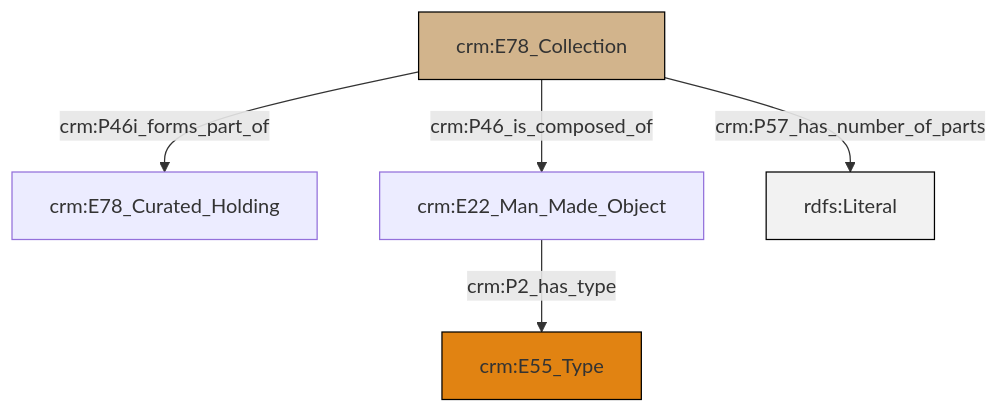
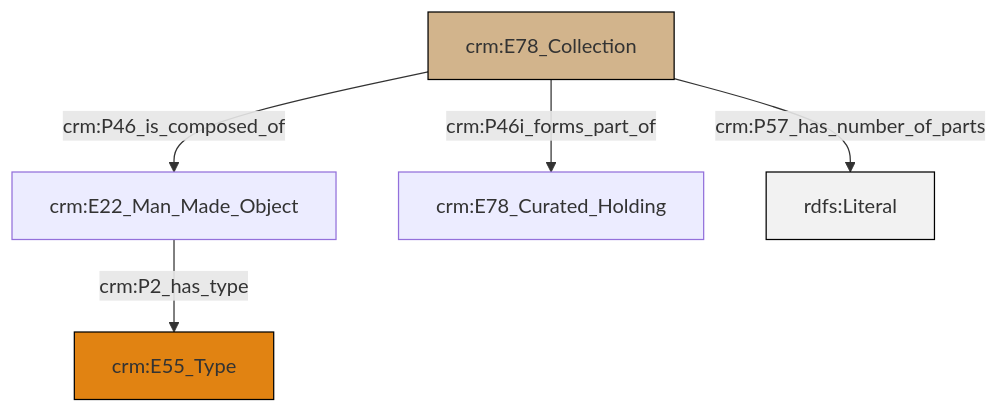
One commit to swiss-art-research-net/docs.swissartresearch changed the diagram in et/archivalCSV/ttl/mmd/archival_parthood.ttl.mmd. Above: the diagram before and after it, drawn with Mermaid. The commit also changed 177 other files, not shown here.

```diff
--- a/et/archivalCSV/ttl/mmd/archival_parthood.ttl.mmd
+++ b/et/archivalCSV/ttl/mmd/archival_parthood.ttl.mmd
@@ -1,19 +1,19 @@
 graph TD
 classDef Literal fill:#f2f2f2,stroke:#000000;
 classDef CRM_Entity fill:#FFFFFF,stroke:#000000;
 classDef Temporal_Entity fill:#00C9E6, stroke:#000000;
 classDef Type fill:#E18312, stroke:#000000;
 classDef Time-Span fill:#2C9C91, stroke:#000000;
 classDef Appellation fill:#FFEB7F, stroke:#000000;
 classDef Place fill:#008836, stroke:#000000;
 classDef Persistent_Item fill:#B266B2, stroke:#000000;
 classDef Conceptual_Object fill:#FFD700, stroke:#000000;
 classDef Physical_Thing fill:#D2B48C, stroke:#000000;
 classDef Actor fill:#f58aad, stroke:#000000;
 classDef PC_Classes fill:#4ce600, stroke:#000000;
 classDef Multi fill:#cccccc,stroke:#000000;
 
-0["crm:E78_Collection"]:::Physical_Thing -->|crm:P46i_forms_part_of| 1["crm:E78_Curated_Holding"]:::Default
-0["crm:E78_Collection"]:::Physical_Thing -->|crm:P46_is_composed_of| 2["crm:E22_Man_Made_Object"]:::Default
-0["crm:E78_Collection"]:::Physical_Thing -->|crm:P57_has_number_of_parts| 3[rdfs:Literal]:::Literal
-2["crm:E22_Man_Made_Object"]:::Default -->|crm:P2_has_type| 4["crm:E55_Type"]:::Type
+6["crm:E78_Collection"]:::Physical_Thing -->|crm:P46i_forms_part_of| 2["crm:E78_Curated_Holding"]:::Default
+0["crm:E22_Man_Made_Object"]:::Default -->|crm:P2_has_type| 4["crm:E55_Type"]:::Type
+6["crm:E78_Collection"]:::Physical_Thing -->|crm:P57_has_number_of_parts| 7[rdfs:Literal]:::Literal
+6["crm:E78_Collection"]:::Physical_Thing -->|crm:P46_is_composed_of| 0["crm:E22_Man_Made_Object"]:::Default
```
